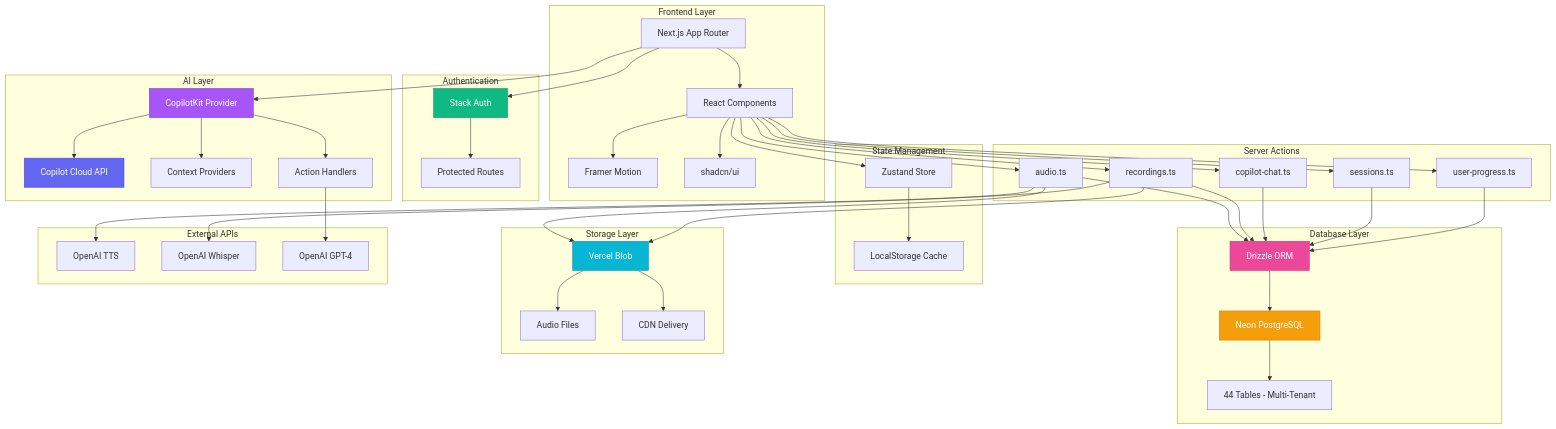
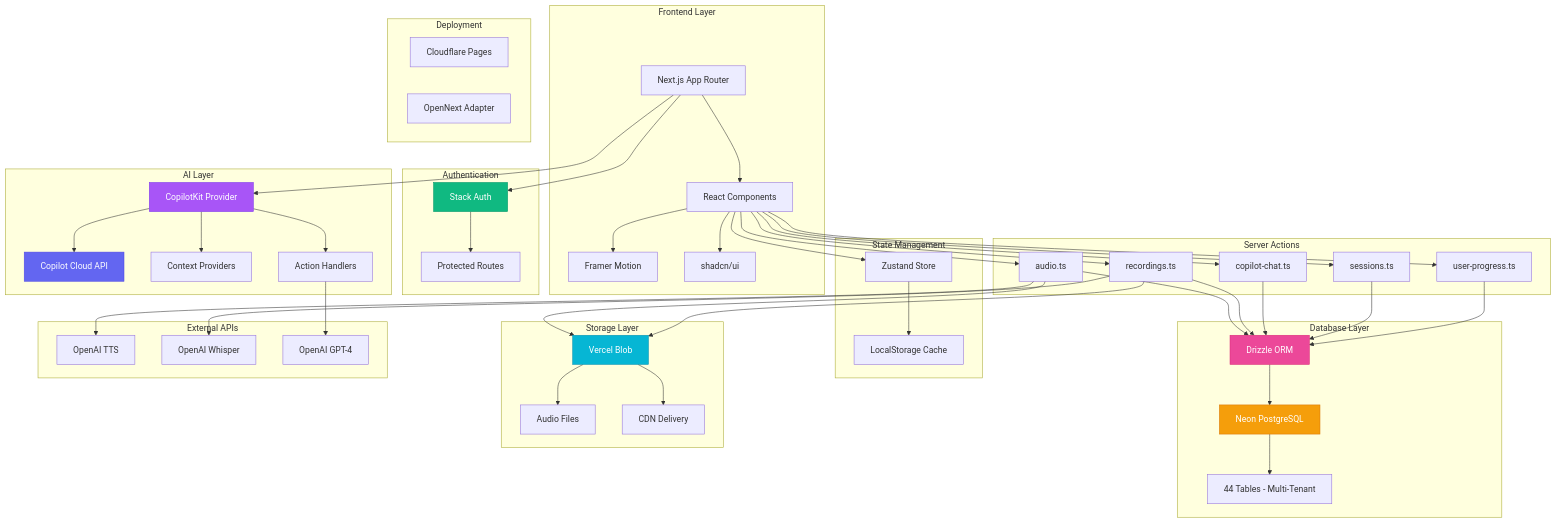
The third of 12 diagrams in README.md (ChanMeng666/esol-learning-platform), drawn with Mermaid before and after one commit. The commit also changed other lines of this file and 12 other files, not shown here.

First line of the commit message:
feat: add Cloudflare Pages deployment support via OpenNext

```diff
--- a/README.md
+++ b/README.md
@@ -245,6 +246,11 @@
         W[CDN Delivery]
     end
 
+    subgraph "Deployment"
+        AA[Cloudflare Pages]
+        AB[OpenNext Adapter]
+    end
+
     subgraph "External APIs"
         X[OpenAI TTS]
         Y[OpenAI Whisper]
```
